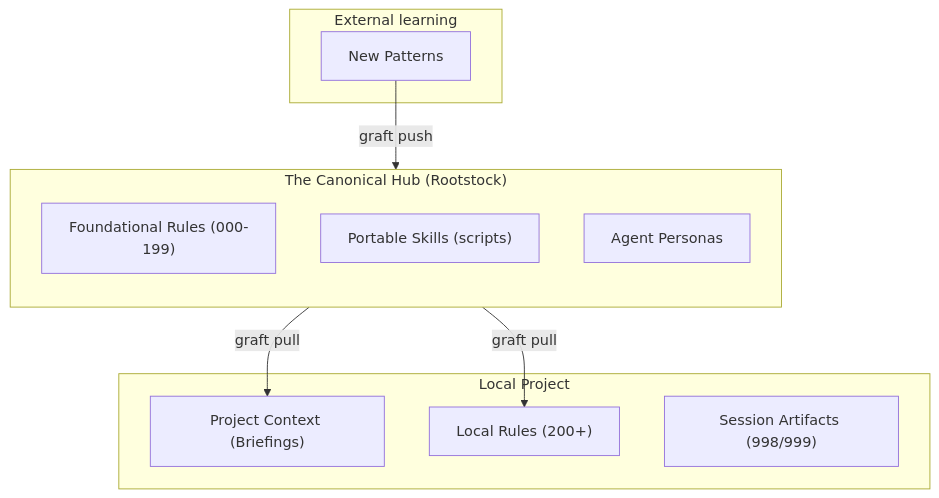
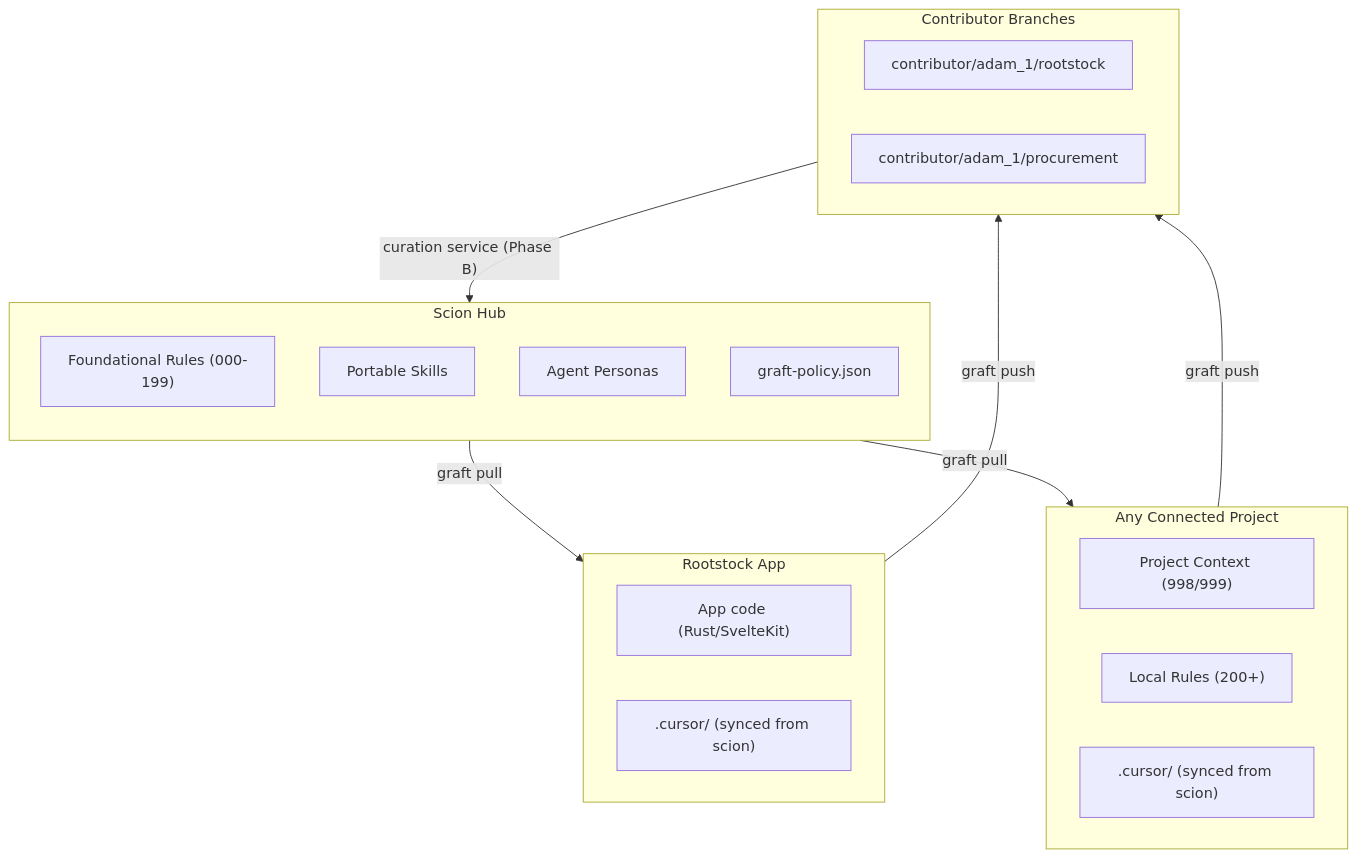
Before and after one commit to MT-Hackathon/scion: the diagram in .cursor/skills/rootstock/resources/rootstock-mental-model.md, drawn with Mermaid. The commit also changed other lines of this file and 2 other files, not shown here.

Commit message:
push: adam_1 environment sync

````diff
--- a/.cursor/skills/rootstock/resources/rootstock-mental-model.md
+++ b/.cursor/skills/rootstock/resources/rootstock-mental-model.md
@@ -153,23 +153,32 @@
 ```mermaid
 graph TD
-    subgraph "Local Project"
-        P1["Project Context (Briefings)"]
-        P2["Local Rules (200+)"]
-        P3["Session Artifacts (998/999)"]
+    subgraph scion_hub [Scion Hub]
+        direction TB
+        F1["Foundational Rules (000-199)"]
+        S1["Portable Skills"]
+        A1["Agent Personas"]
+        P0["graft-policy.json"]
     end
 
-    subgraph "The Canonical Hub (Rootstock)"
-        direction TB
-        F1["Foundational Rules (000-199)"]
-        S1["Portable Skills (scripts)"]
-        A1["Agent Personas"]
+    subgraph spoke_rootstock [Rootstock App]
+        R1["App code (Rust/SvelteKit)"]
+        R2[".cursor/ (synced from scion)"]
     end
 
-    subgraph "External learning"
-        L1["New Patterns"]
+    subgraph spoke_project [Any Connected Project]
+        P1["Project Context (998/999)"]
+        P2["Local Rules (200+)"]
+        P3[".cursor/ (synced from scion)"]
     end
 
-    L1 -- "graft push" --> F1
-    F1 -- "graft pull" --> P1
-    F1 -- "graft pull" --> P2
+    subgraph contributor [Contributor Branches]
+        C1["contributor/adam_1/rootstock"]
+        C2["contributor/adam_1/procurement"]
+    end
+
+    spoke_rootstock -- "graft push" --> contributor
+    spoke_project -- "graft push" --> contributor
+    scion_hub -- "graft pull" --> spoke_rootstock
+    scion_hub -- "graft pull" --> spoke_project
+    contributor -- "curation service (Phase B)" --> scion_hub
 ```
````
